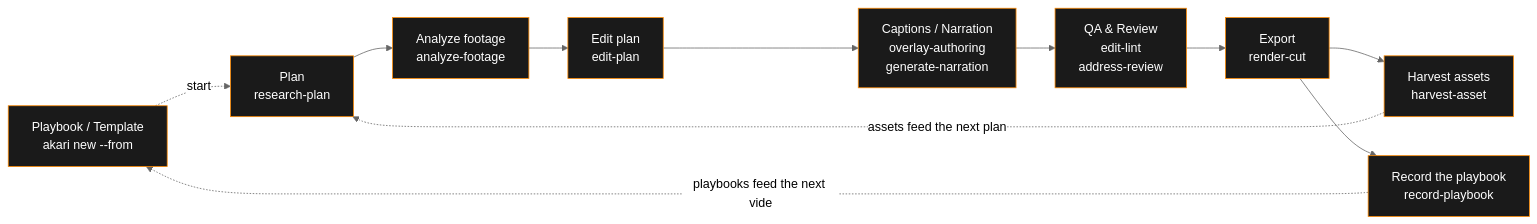
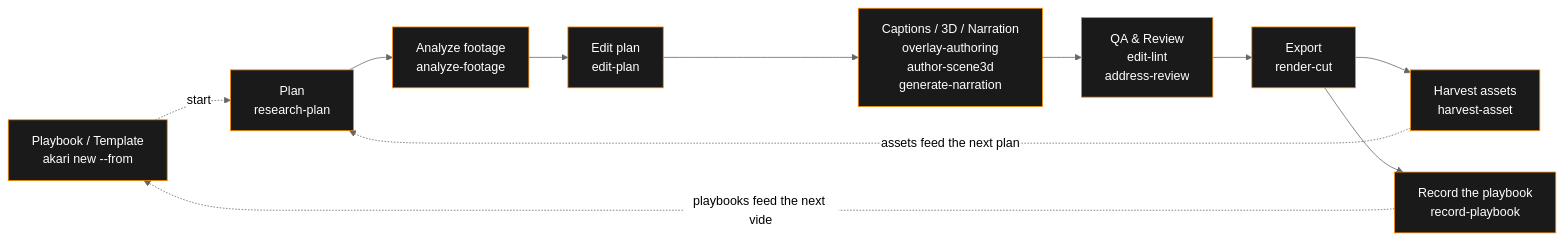
Before and after one commit to AkariLabs/akari-video: the diagram in README.md, drawn with Mermaid (neutral theme). The commit also changed 53 other files, not shown here.

First line of the commit message:
[機能追加] 3D の入口を author-scene3d 1 本にまとめ、bake-3d を改名で畳む

````diff
--- a/README.md
+++ b/README.md
@@ -96,15 +96,15 @@
 ```mermaid
 flowchart LR
     P["Playbook / Template<br/>akari new --from"] -.start.-> A
     A["Plan<br/>research-plan"] --> B["Analyze footage<br/>analyze-footage"]
     B --> C["Edit plan<br/>edit-plan"]
-    C --> D["Captions / Narration<br/>overlay-authoring<br/>generate-narration"]
+    C --> D["Captions / 3D / Narration<br/>overlay-authoring<br/>author-scene3d<br/>generate-narration"]
     D --> E["QA & Review<br/>edit-lint<br/>address-review"]
     E --> F["Export<br/>render-cut"]
     F --> G["Harvest assets<br/>harvest-asset"]
     F --> H["Record the playbook<br/>record-playbook"]
     G -.assets feed the next plan.-> A
     H -.playbooks feed the next video.-> P
     classDef stage fill:#1a1a1a,stroke:#ff8a00,color:#ffffff
     class A,B,C,D,E,F,G,H,P stage
 ```
````
